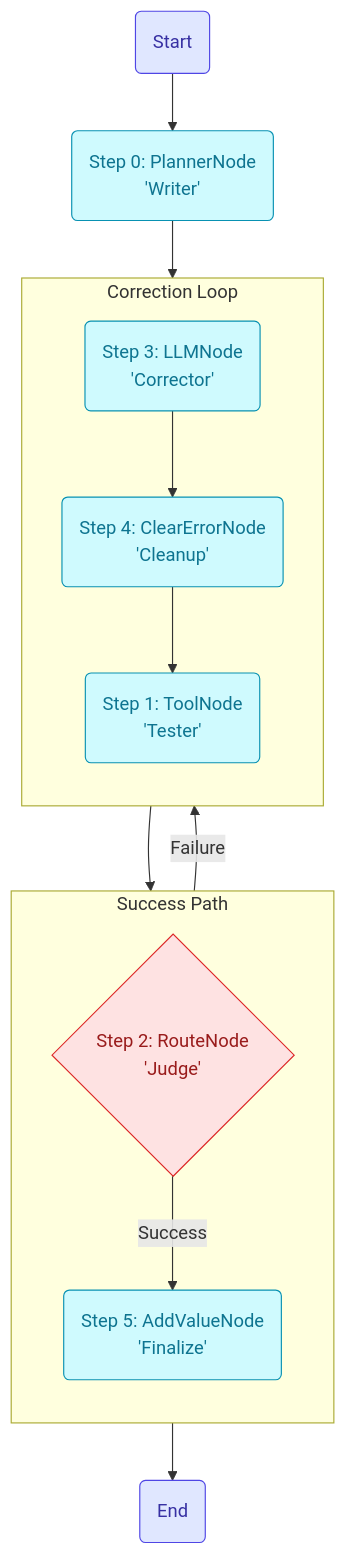
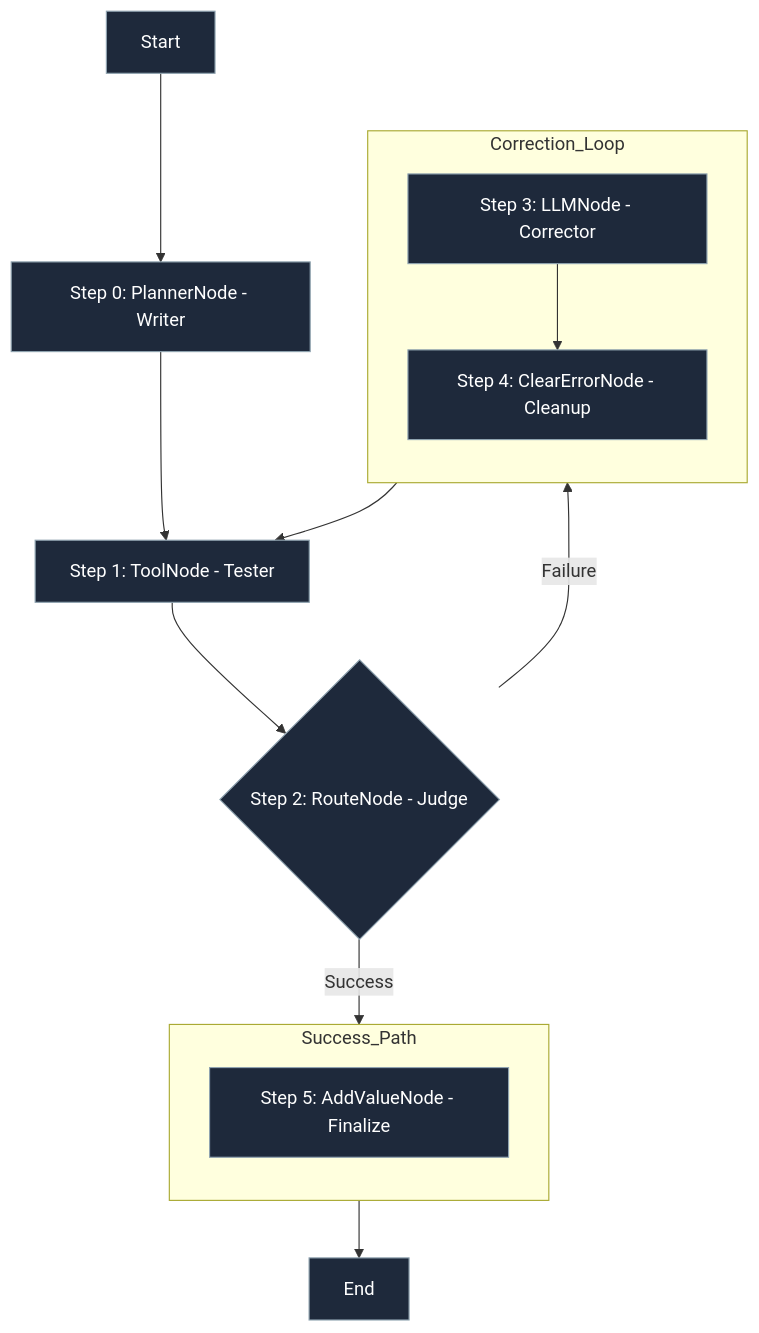
Before and after one commit to partech2015/lar: the first of 2 diagrams in README.md, drawn with Mermaid.

Commit message:
Updated Mkdocs with mermaid extensions

````diff
--- a/README.md
+++ b/README.md
@@ -67,34 +67,34 @@
 ```mermaid
 graph TD
-    A(Start) --> B(Step 0: PlannerNode<br/>'Writer')
-    B --> C
-    C --> D
+    A[Start] --> B[Step 0: PlannerNode - Writer]
+    B --> C1[Step 1: ToolNode - Tester]
+    C1 --> D{Step 2: RouteNode - Judge}
 
-    subgraph "Success Path"
+    %% Success path
+    subgraph Success_Path
         direction TB
-        D{Step 2: RouteNode<br/>'Judge'}
-        G(Step 5: AddValueNode<br/>'Finalize')
+        G[Step 5: AddValueNode - Finalize]
     end
-    
-    subgraph "Correction Loop"
+
+    %% Correction loop
+    subgraph Correction_Loop
         direction TB
-        C(Step 1: ToolNode<br/>'Tester')
-        E(Step 3: LLMNode<br/>'Corrector')
-        F(Step 4: ClearErrorNode<br/>'Cleanup')
+        E[Step 3: LLMNode - Corrector]
+        F[Step 4: ClearErrorNode - Cleanup]
     end
-    
-    D -- "Success" --> G
-    D -- "Failure" --> E
+
+    D -- Success --> G
+    D -- Failure --> E
     E --> F
-    F --> C 
-    G --> H(End)
-    
-    %% Define styles to match the diagram
-    classDef default fill:#cffafe,stroke:#0891b2,color:#0e7490
-    classDef logic fill:#fee2e2,stroke:#dc2626,color:#991b1b
-    classDef startend fill:#e0e7ff,stroke:#4f46e5,color:#3730a3
-    
-    class A,H startend
-    class B,C,E,F,G default
-    class D logic
+    F --> C1
+    G --> H[End]
+
+
+    classDef default stroke:#8FA3B0, color:#FFFFFF, fill:#1E293B;
+    classDef decision stroke:#8FA3B0, color:#FFFFFF, fill:#1E293B;
+    classDef startend stroke:#8FA3B0, color:#FFFFFF, fill:#1E293B;
+
+    class A,H startend;
+    class B,C1,E,F,G default;
+    class D decision;
 ```
````
